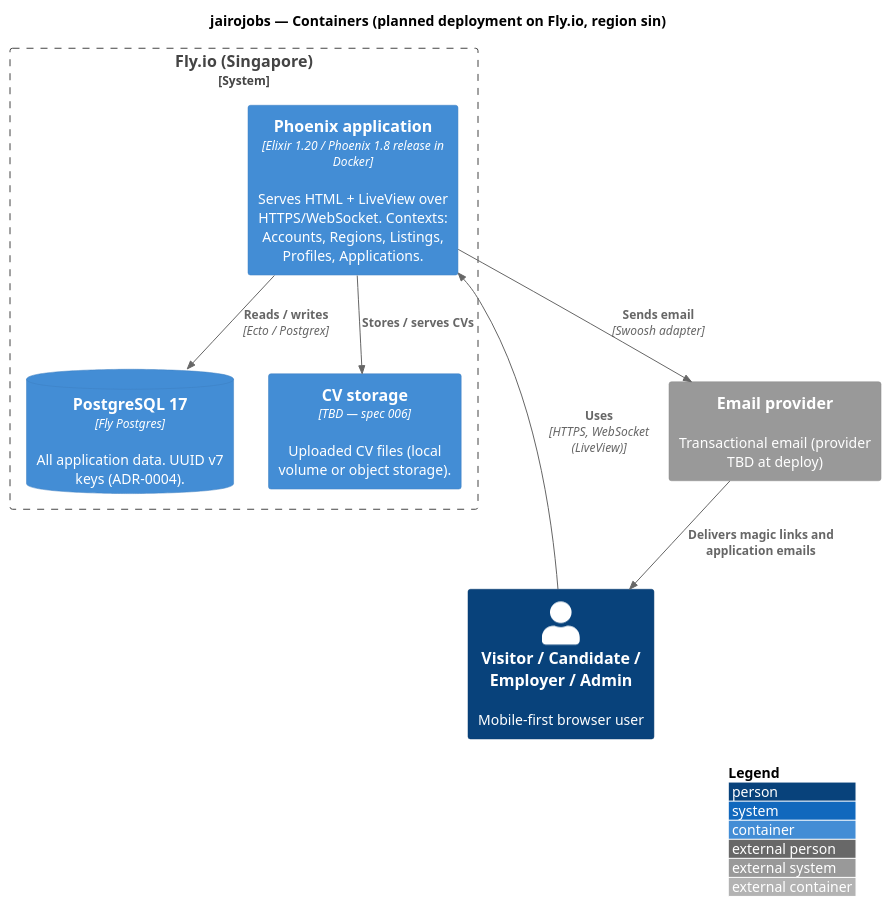
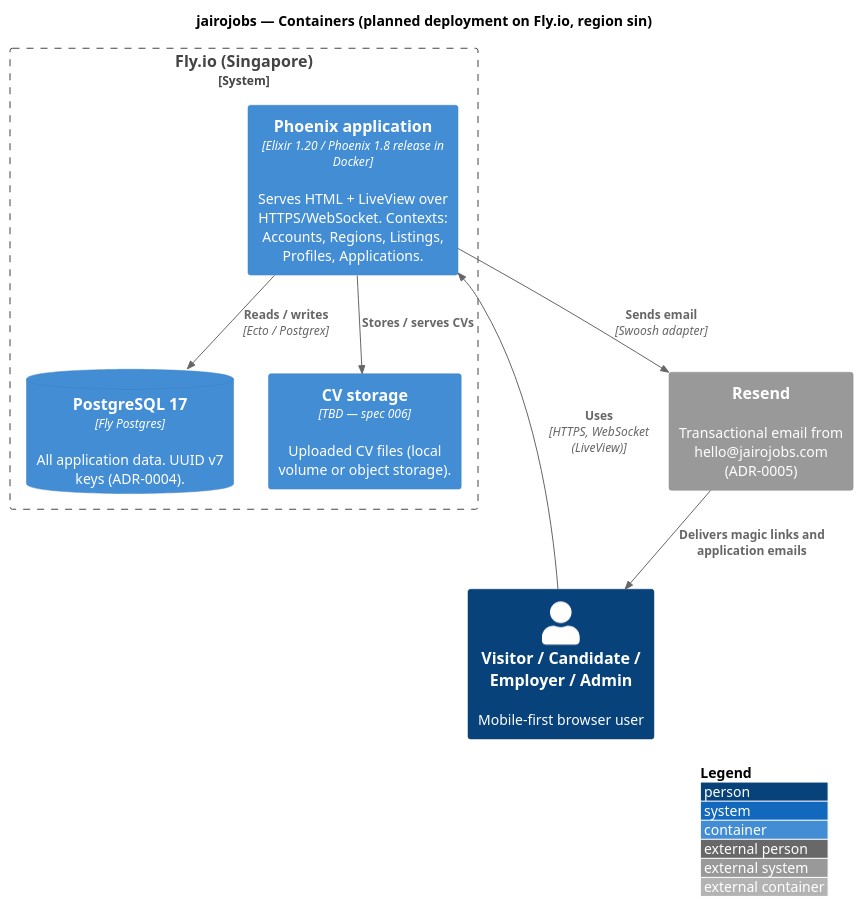
Before and after one commit to raseniero/jairojobs-elixir: the diagram in docs/architecture/diagrams/src/c4-container-system.puml, drawn with PlantUML. The commit also changed 9 other files, not shown here.

Commit message:
docs: ADR-0005 transactional email via Resend (hello@jairojobs.com); update plan, spec, constitution, architecture, C4

```diff
--- a/docs/architecture/diagrams/src/c4-container-system.puml
+++ b/docs/architecture/diagrams/src/c4-container-system.puml
@@ -1,26 +1,26 @@
 @startuml c4-container-system
 ' C4 Level 2 — Containers. The deployable pieces and how they talk.
 ' Source of truth: docs/architecture/overview.md, ADR-0002, ADR-0003
 !include <C4/C4_Container>
 
 LAYOUT_WITH_LEGEND()
 
 title jairojobs — Containers (planned deployment on Fly.io, region sin)
 
 Person(user, "Visitor / Candidate / Employer / Admin", "Mobile-first browser user")
 
 System_Boundary(fly, "Fly.io (Singapore)") {
   Container(app, "Phoenix application", "Elixir 1.20 / Phoenix 1.8 release in Docker", "Serves HTML + LiveView over HTTPS/WebSocket. Contexts: Accounts, Regions, Listings, Profiles, Applications.")
   ContainerDb(db, "PostgreSQL 17", "Fly Postgres", "All application data. UUID v7 keys (ADR-0004).")
   Container(files, "CV storage", "TBD — spec 006", "Uploaded CV files (local volume or object storage).")
 }
 
-System_Ext(email, "Email provider", "Transactional email (provider TBD at deploy)")
+System_Ext(email, "Resend", "Transactional email from hello@jairojobs.com (ADR-0005)")
 
 Rel(user, app, "Uses", "HTTPS, WebSocket (LiveView)")
 Rel(app, db, "Reads / writes", "Ecto / Postgrex")
 Rel(app, files, "Stores / serves CVs")
 Rel(app, email, "Sends email", "Swoosh adapter")
 Rel(email, user, "Delivers magic links and application emails")
 
 @enduml
```
